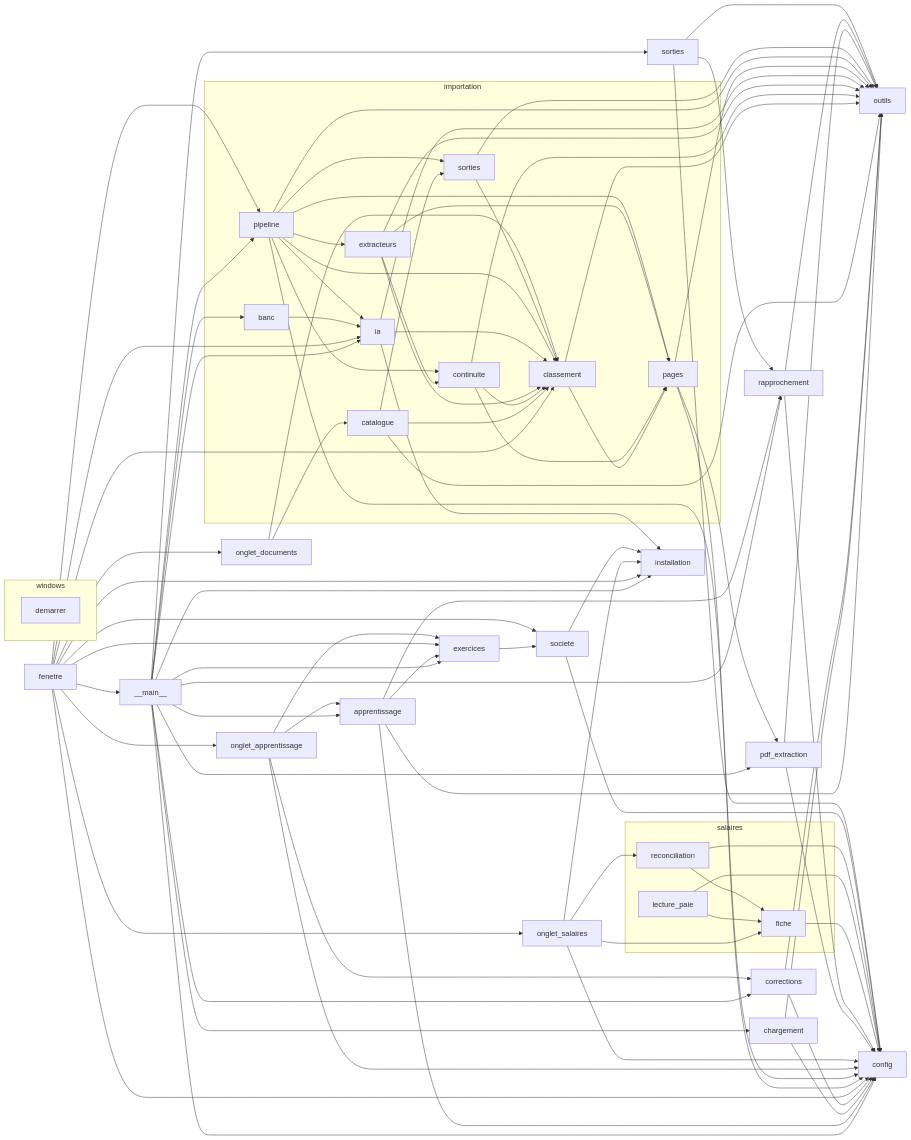
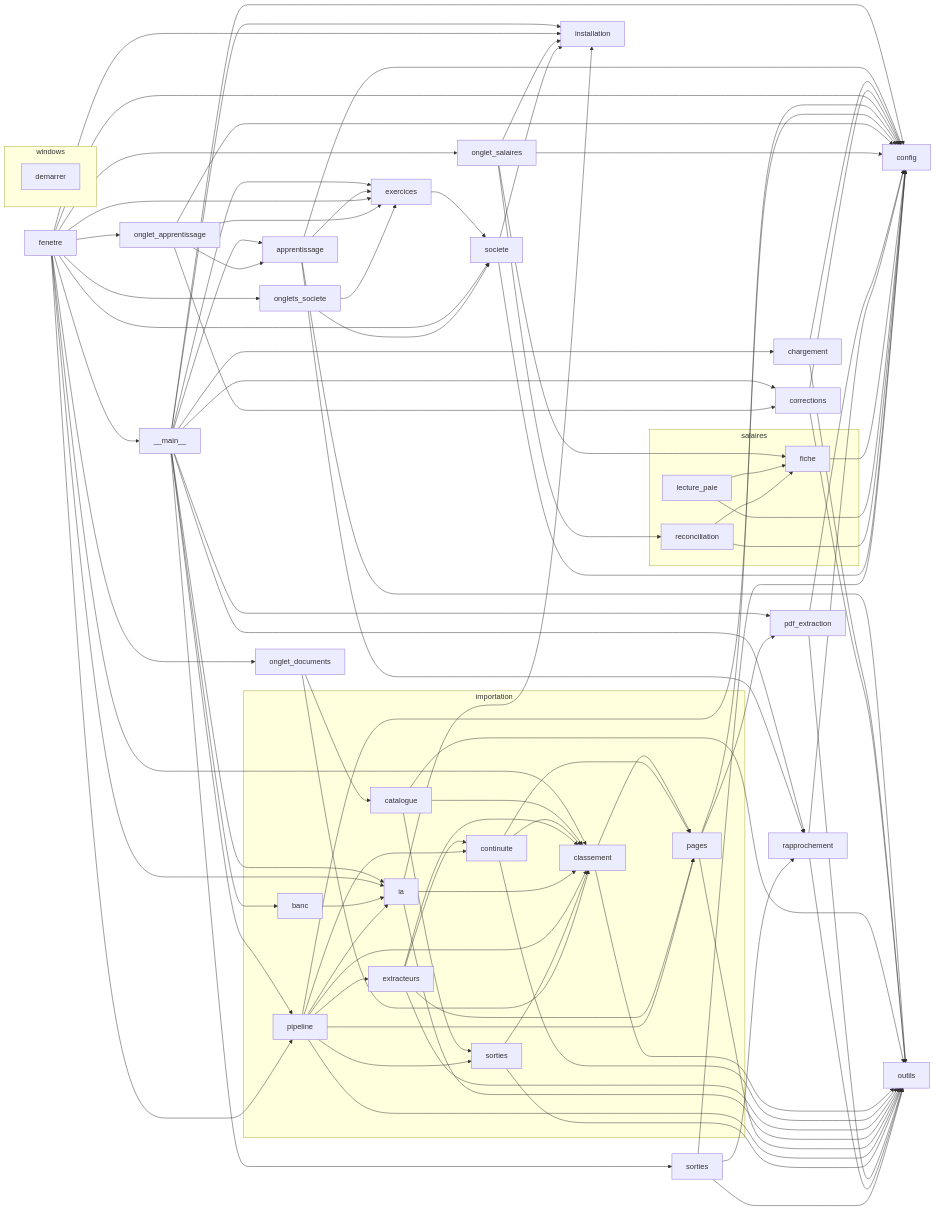
One commit to vsantacroce/Reconsigliere changed the diagram in docs/carte.md. Above: the diagram before and after it, drawn with Mermaid. The commit also changed other lines of this file and 10 other files, not shown here.

```diff
--- a/docs/carte.md
+++ b/docs/carte.md
@@ -17,6 +17,7 @@
   m_onglet_apprentissage["onglet_apprentissage"]
   m_onglet_documents["onglet_documents"]
   m_onglet_salaires["onglet_salaires"]
+  m_onglets_societe["onglets_societe"]
   m_outils["outils"]
   m_pdf_extraction["pdf_extraction"]
   m_rapprochement["rapprochement"]
@@ -72,6 +73,7 @@
   m_fenetre --> m_onglet_apprentissage
   m_fenetre --> m_onglet_documents
   m_fenetre --> m_onglet_salaires
+  m_fenetre --> m_onglets_societe
   m_fenetre --> m_societe
   m_importation__banc --> m_importation__ia
   m_importation__catalogue --> m_importation__classement
@@ -112,6 +114,8 @@
   m_onglet_salaires --> m_installation
   m_onglet_salaires --> m_salaires__fiche
   m_onglet_salaires --> m_salaires__reconciliation
+  m_onglets_societe --> m_exercices
+  m_onglets_societe --> m_societe
   m_pdf_extraction --> m_config
   m_pdf_extraction --> m_outils
   m_rapprochement --> m_config
```
